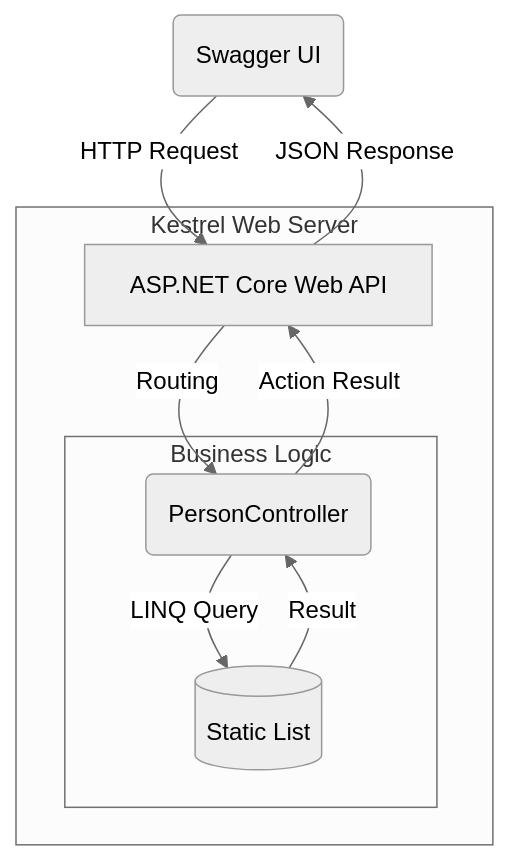
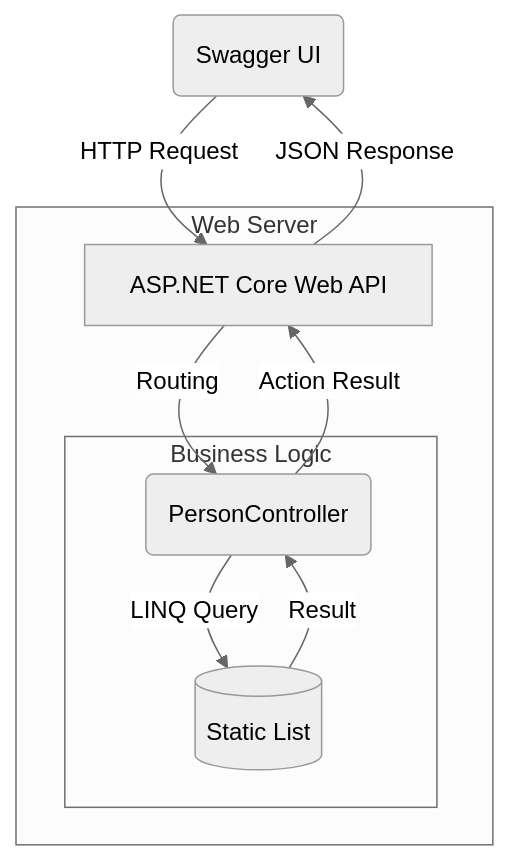
The diagram in README.md (QuangKang/khang-learn-csharp), drawn with Mermaid (neutral theme) before and after one commit. The commit also changed 1 other file, not shown here.

Commit message:
update README & LINQ

````diff
--- a/README.md
+++ b/README.md
@@ -86,17 +86,17 @@
 ```mermaid
 flowchart TD
     Client(Swagger UI) -- HTTP Request --> API[ASP.NET Core Web API]
     
-    subgraph Server_Process [Kestrel Web Server]
+    subgraph Server_Process [Web Server]
         API -- Routing --> Controller(PersonController)
         
         subgraph Logic_Layer [Business Logic]
             Controller -- LINQ Query --> Data[(Static List <Person>)]
             Data -- Result --> Controller
         end
         
         Controller -- Action Result --> API
     end
     
     API -- JSON Response --> Client
 ```
````
